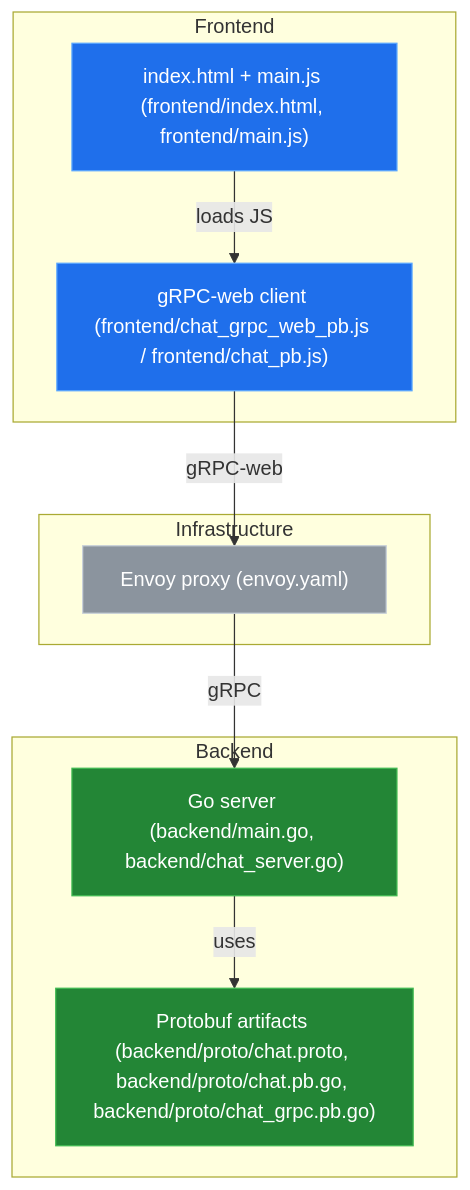
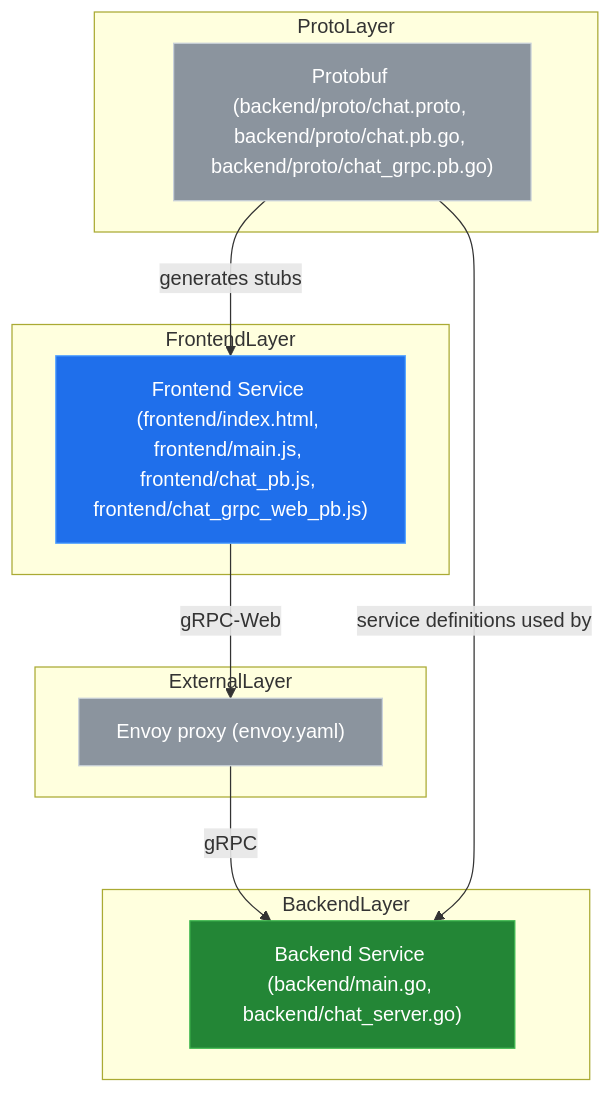
The first of 2 diagrams in README_ARCH.md (YusuffBulbul/Web-Programlama), drawn with Mermaid before and after one commit. The commit also changed other lines of this file, not shown here.

Commit message:
docs: update system blueprint (2026-09-04)

````diff
--- a/README_ARCH.md
+++ b/README_ARCH.md
@@ -18,26 +18,26 @@
 ```mermaid
 flowchart TD
-subgraph FrontendLayer ["Frontend"]
-F1["index.html + main.js (frontend/index.html, frontend/main.js)"]
-F2["gRPC-web client (frontend/chat_grpc_web_pb.js / frontend/chat_pb.js)"]
+subgraph FrontendLayer
+FE["Frontend Service (frontend/index.html, frontend/main.js, frontend/chat_pb.js, frontend/chat_grpc_web_pb.js)"]
 end
-subgraph BackendLayer ["Backend"]
-B1["Go server (backend/main.go, backend/chat_server.go)"]
-B2["Protobuf artifacts (backend/proto/chat.proto, backend/proto/chat.pb.go, backend/proto/chat_grpc.pb.go)"]
+subgraph BackendLayer
+BE["Backend Service (backend/main.go, backend/chat_server.go)"]
 end
-subgraph ExternalLayer ["Infrastructure"]
-E1["Envoy proxy (envoy.yaml)"]
+subgraph ProtoLayer
+PR["Protobuf (backend/proto/chat.proto, backend/proto/chat.pb.go, backend/proto/chat_grpc.pb.go)"]
+end
+subgraph ExternalLayer
+ENVOY["Envoy proxy (envoy.yaml)"]
 end
 
-F1 -->|"loads JS"| F2
-F2 -->|"gRPC-web"| E1
-E1 -->|"gRPC"| B1
-B1 -->|"uses"| B2
+FE -->|"gRPC-Web" | ENVOY
+ENVOY -->|"gRPC" | BE
+PR -->|"generates stubs" | FE
+PR -->|"service definitions used by" | BE
 
-style F1 fill:#1f6feb,stroke:#58a6ff,color:#fff
-style F2 fill:#1f6feb,stroke:#58a6ff,color:#fff
-style B1 fill:#238636,stroke:#3fb950,color:#fff
-style B2 fill:#238636,stroke:#3fb950,color:#fff
-style E1 fill:#8b949e,stroke:#c9d1d9,color:#fff
+style FE fill:#1f6feb,stroke:#58a6ff,color:#fff
+style BE fill:#238636,stroke:#3fb950,color:#fff
+style ENVOY fill:#8b949e,stroke:#c9d1d9,color:#fff
+style PR fill:#8b949e,stroke:#c9d1d9,color:#fff
 
 ```
````
